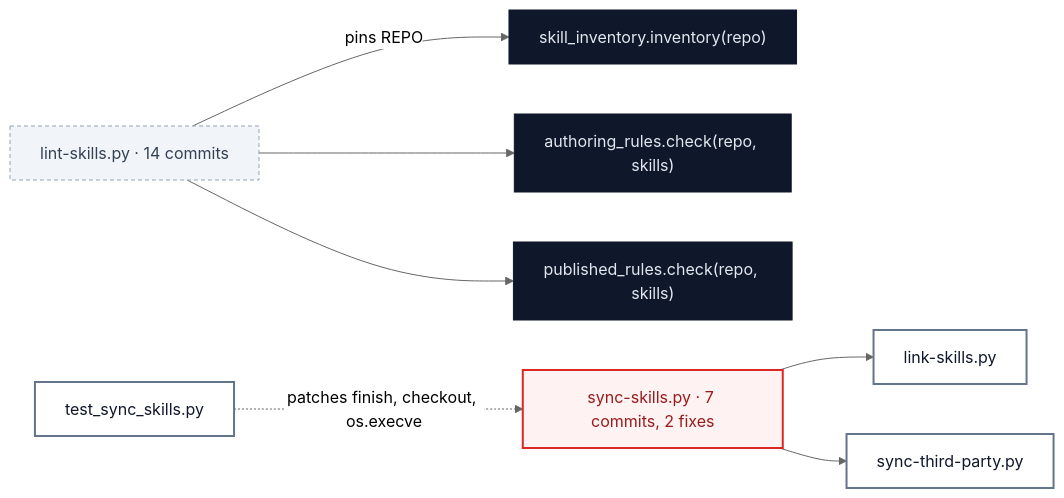
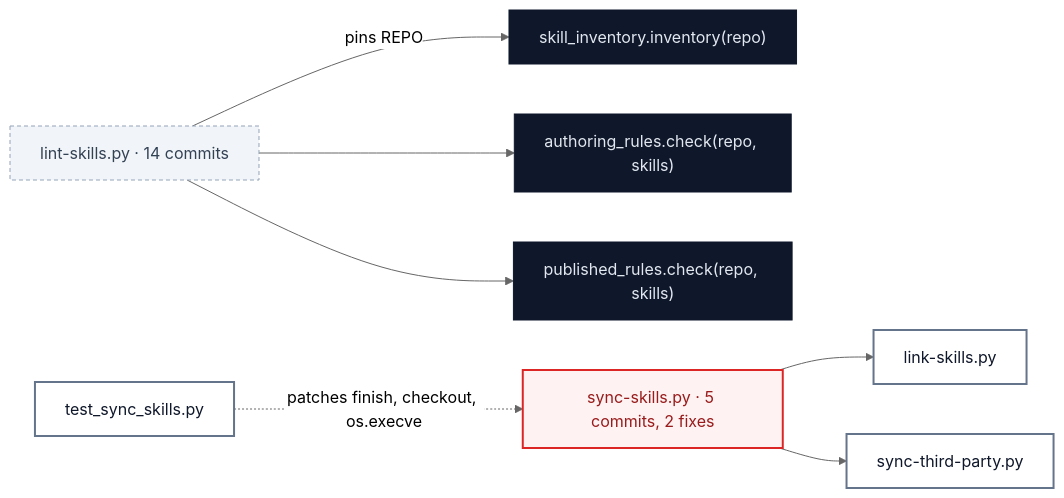
One commit to simonsteiner/skills changed the diagram in docs/arch-review/2026-11-22-sync-and-lint/README.md. Above: the diagram before and after it, drawn with Mermaid (neutral theme).

Commit message:
docs(arch-review): correct sync-skills.py's commit count to 5
- git log lists 5 commits to scripts/sync-skills.py, matching the test review this report follows up; the report said 7

````diff
--- a/docs/arch-review/2026-11-22-sync-and-lint/README.md
+++ b/docs/arch-review/2026-11-22-sync-and-lint/README.md
@@ -23,21 +23,21 @@
 ```mermaid
 flowchart LR
   L["lint-skills.py · 14 commits"]:::shallow
   I["skill_inventory.inventory(repo)"]:::deep
   A["authoring_rules.check(repo, skills)"]:::deep
   P["published_rules.check(repo, skills)"]:::deep
-  S["sync-skills.py · 7 commits, 2 fixes"]:::leak
+  S["sync-skills.py · 5 commits, 2 fixes"]:::leak
   K["link-skills.py"]:::module
   T["sync-third-party.py"]:::module
   X["test_sync_skills.py"]:::module
   L -- "pins REPO" --> I
   L --> A
   L --> P
   S --> K
   S --> T
   X -. "patches finish, checkout, os.execve" .-> S
   classDef module fill:#ffffff,stroke:#64748b,stroke-width:2px,color:#0f172a
   classDef shallow fill:#f1f5f9,stroke:#94a3b8,stroke-dasharray:4 3,color:#334155
   classDef deep fill:#0f172a,stroke:#0f172a,color:#e2e8f0
   classDef leak fill:#fef2f2,stroke:#dc2626,stroke-width:2px,color:#991b1b
 ```
````
